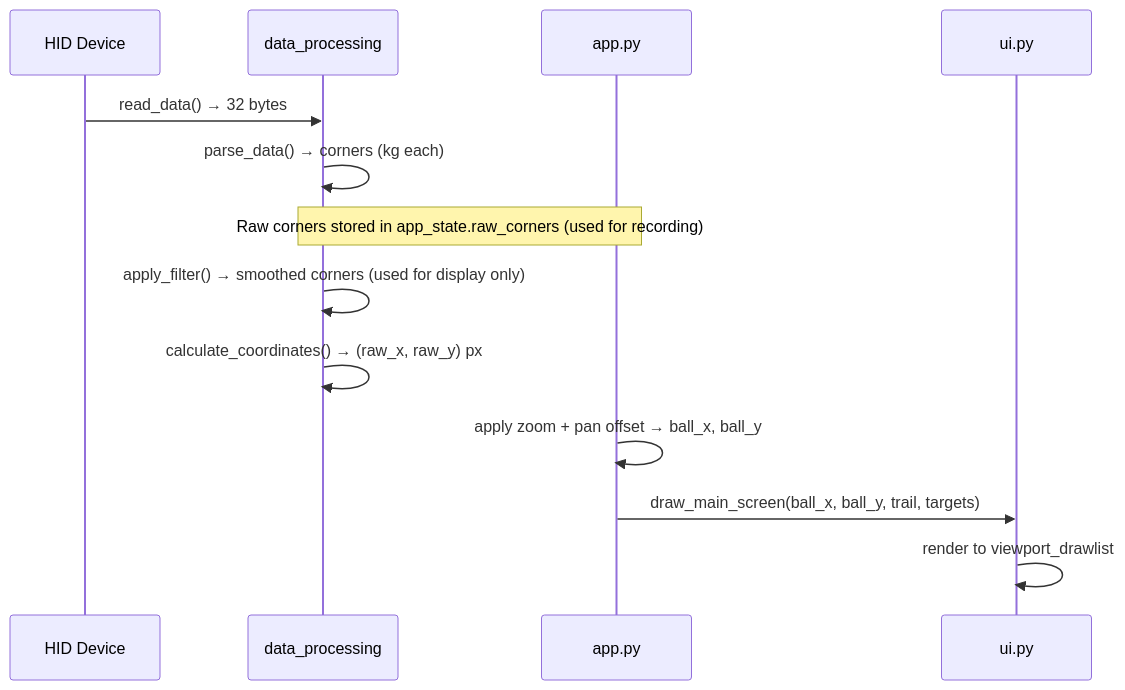
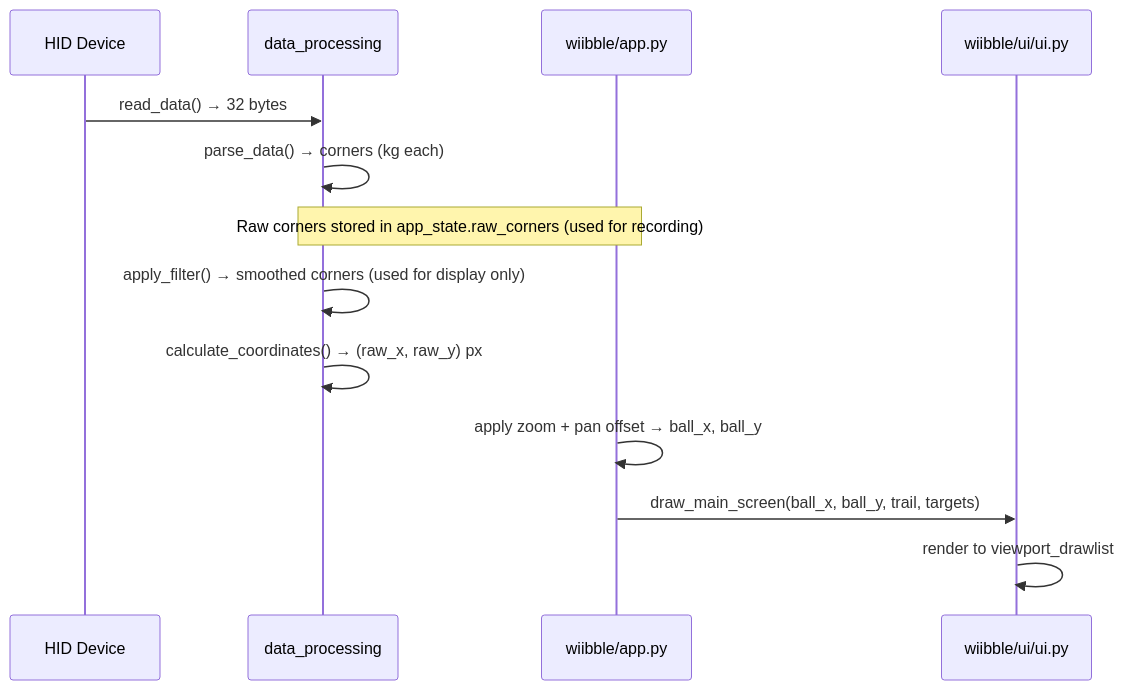
Before and after one commit to NeuroRehack/WIIBBLE: the second of 5 diagrams in Docs/ARCHITECTURE.md, drawn with Mermaid. The commit also changed other lines of this file and 66 other files, not shown here.

Commit message:
Refactor code structure for improved readability and maintainability; removed redundant sections and optimized logic flow.

````diff
--- a/Docs/ARCHITECTURE.md
+++ b/Docs/ARCHITECTURE.md
@@ -59,16 +59,16 @@
 ```mermaid
 sequenceDiagram
     participant HID as HID Device
     participant dp as data_processing
-    participant app as app.py
-    participant ui as ui.py
+    participant app as wiibble/app.py
+    participant ui as wiibble/ui/ui.py
 
     HID->>dp: read_data() → 32 bytes
     dp->>dp: parse_data() → corners (kg each)
     Note over dp,app: Raw corners stored in app_state.raw_corners (used for recording)
     dp->>dp: apply_filter() → smoothed corners (used for display only)
     dp->>dp: calculate_coordinates() → (raw_x, raw_y) px
     app->>app: apply zoom + pan offset → ball_x, ball_y
     app->>ui: draw_main_screen(ball_x, ball_y, trail, targets)
     ui->>ui: render to viewport_drawlist
 ```
````
